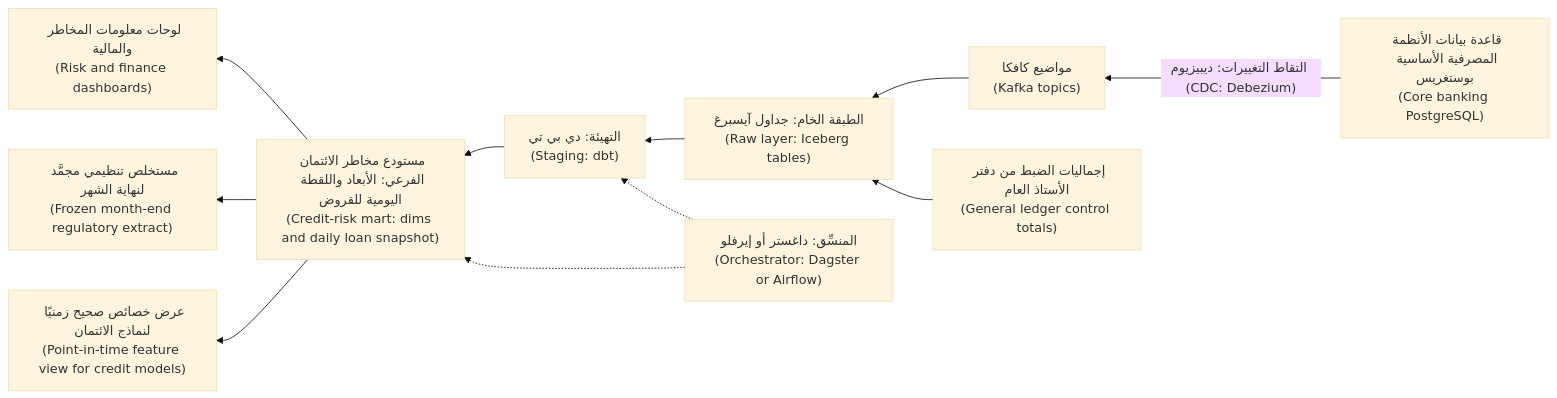
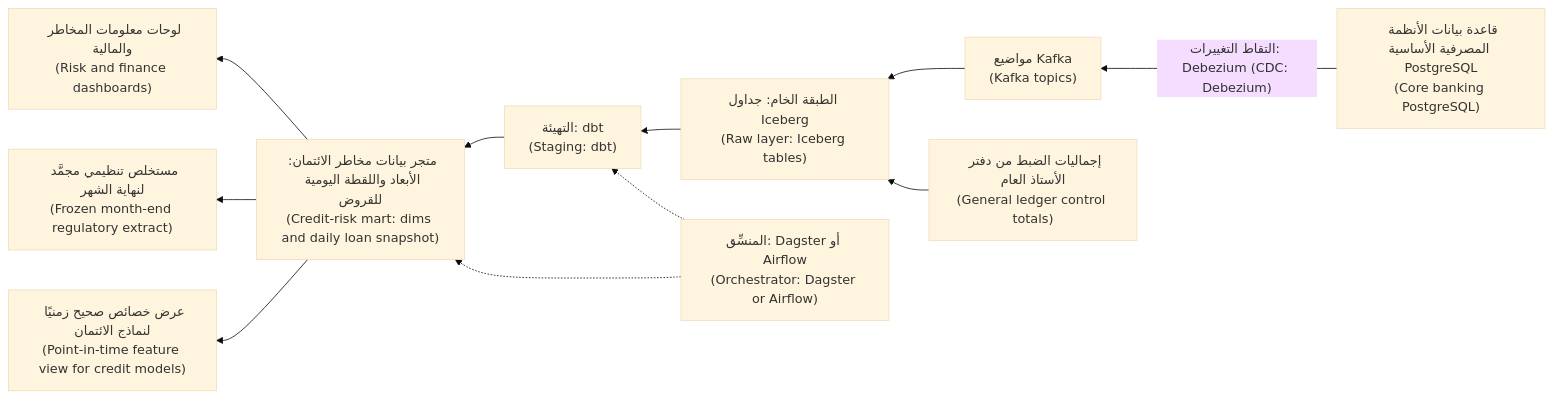
Before and after one commit to Tamoura/system-design-for-vibe-coders: the diagram in data/modules/07-capstone.ar.md, drawn with Mermaid (base theme). The commit also changed other lines of this file and 551 other files, not shown here.

````diff
--- a/data/modules/07-capstone.ar.md
+++ b/data/modules/07-capstone.ar.md
@@ -63,13 +63,13 @@
 ```mermaid
 flowchart RL
-    CORE["قاعدة بيانات الأنظمة المصرفية الأساسية بوستغريس<br/>(Core banking PostgreSQL)"] -->|"التقاط التغييرات: ديبيزيوم (CDC: Debezium)"| K["مواضيع كافكا<br/>(Kafka topics)"]
-    K --> RAW["الطبقة الخام: جداول آيسبرغ<br/>(Raw layer: Iceberg tables)"]
+    CORE["قاعدة بيانات الأنظمة المصرفية الأساسية PostgreSQL<br/>(Core banking PostgreSQL)"] -->|"التقاط التغييرات: Debezium (CDC: Debezium)"| K["مواضيع Kafka<br/>(Kafka topics)"]
+    K --> RAW["الطبقة الخام: جداول Iceberg<br/>(Raw layer: Iceberg tables)"]
     GL["إجماليات الضبط من دفتر الأستاذ العام<br/>(General ledger control totals)"] --> RAW
-    RAW --> STG["التهيئة: دي بي تي<br/>(Staging: dbt)"]
-    STG --> MART["مستودع مخاطر الائتمان الفرعي: الأبعاد واللقطة اليومية للقروض<br/>(Credit-risk mart: dims and daily loan snapshot)"]
+    RAW --> STG["التهيئة: dbt<br/>(Staging: dbt)"]
+    STG --> MART["متجر بيانات مخاطر الائتمان: الأبعاد واللقطة اليومية للقروض<br/>(Credit-risk mart: dims and daily loan snapshot)"]
     MART --> DASH["لوحات معلومات المخاطر والمالية<br/>(Risk and finance dashboards)"]
     MART --> REG["مستخلص تنظيمي مجمَّد لنهاية الشهر<br/>(Frozen month-end regulatory extract)"]
     MART --> FEAT["عرض خصائص صحيح زمنيًا لنماذج الائتمان<br/>(Point-in-time feature view for credit models)"]
-    ORCH["المنسِّق: داغستر أو إيرفلو<br/>(Orchestrator: Dagster or Airflow)"] -.-> STG
+    ORCH["المنسِّق: Dagster أو Airflow<br/>(Orchestrator: Dagster or Airflow)"] -.-> STG
     ORCH -.-> MART
 ```
````
